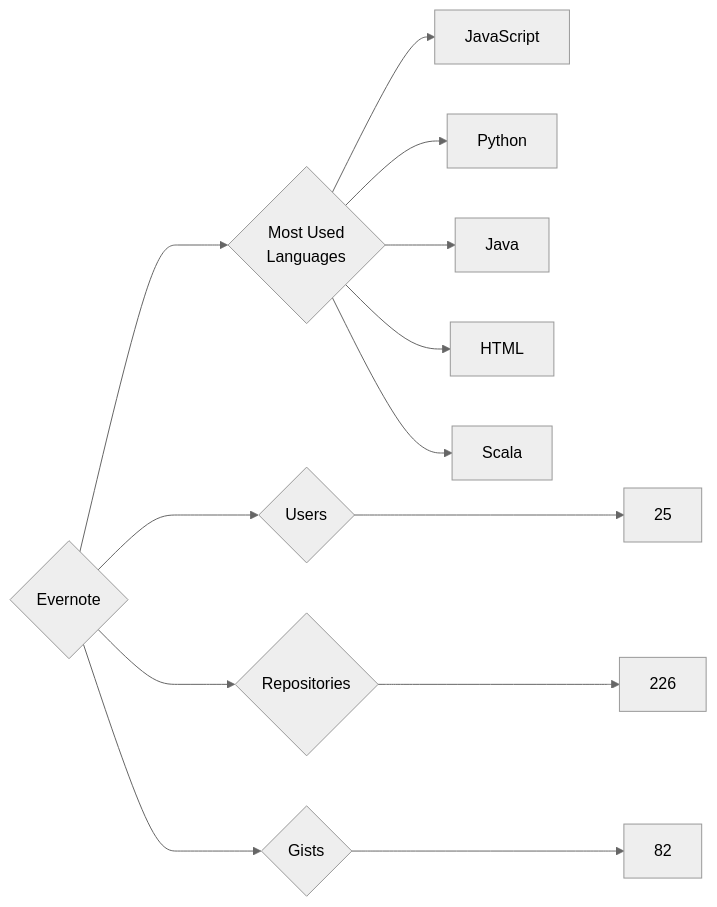
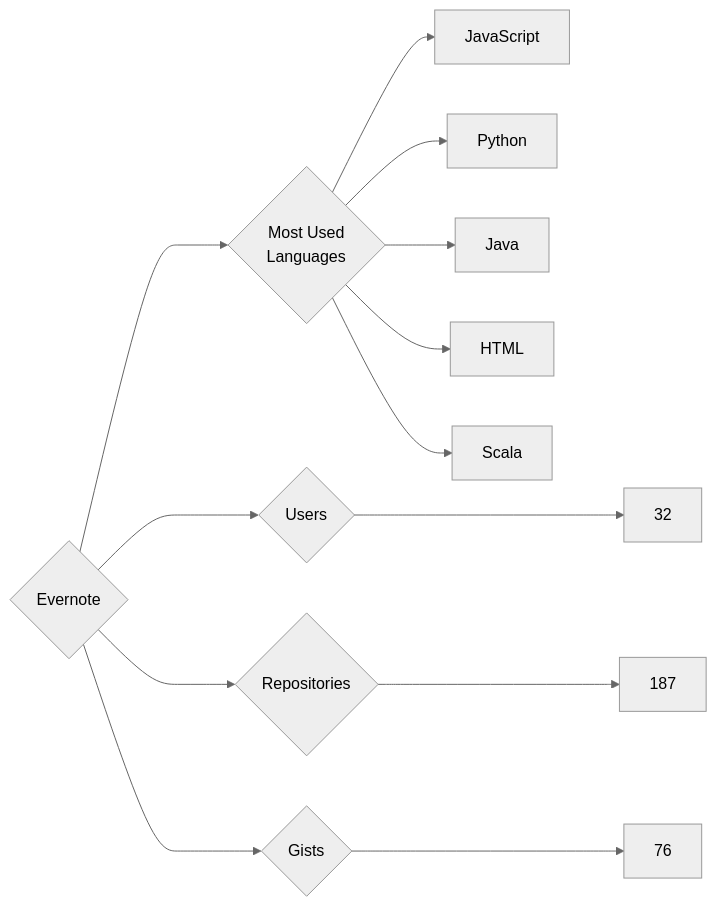
Before and after one commit to trickest/insiders: the diagram in targets/Evernote/README.md, drawn with Mermaid (neutral theme). The commit also changed 861 other files, not shown here.

````diff
--- a/targets/Evernote/README.md
+++ b/targets/Evernote/README.md
@@ -3,13 +3,13 @@
 ```mermaid
 graph LR
 COMPANY_NAME{Evernote}
-COMPANY_NAME ---> U{Users} ---> UN[25]
-COMPANY_NAME ---> R{Repositories} ---> RN[226]
-COMPANY_NAME ---> G{Gists} ---> GN[82]
+COMPANY_NAME ---> U{Users} ---> UN[32]
+COMPANY_NAME ---> R{Repositories} ---> RN[187]
+COMPANY_NAME ---> G{Gists} ---> GN[76]
 COMPANY_NAME ---> ML{Most Used<br>Languages}
 ML --> JavaScript[JavaScript]
 ML --> Python[Python]
 ML --> Java[Java]
 ML --> HTML[HTML]
 ML --> Scala[Scala]
 ```
````
